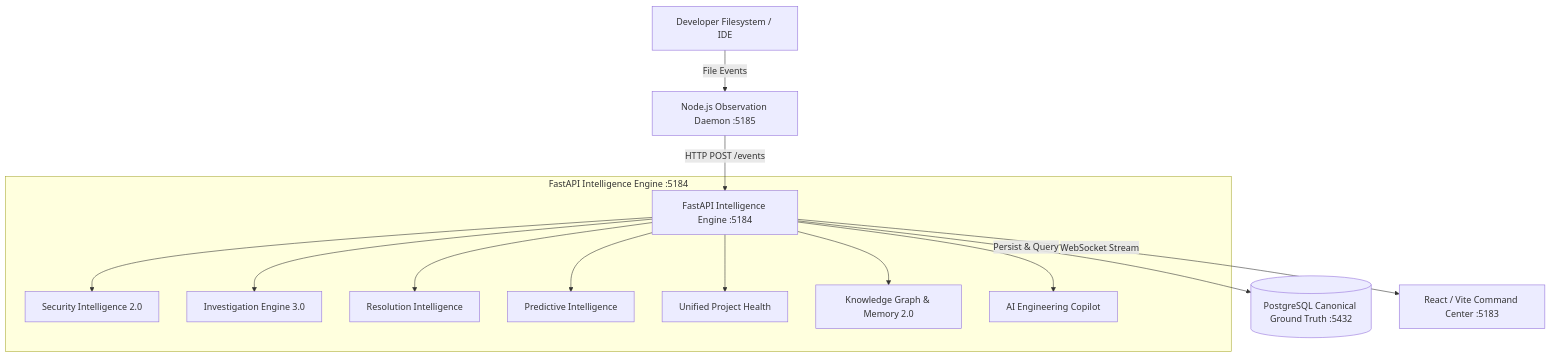
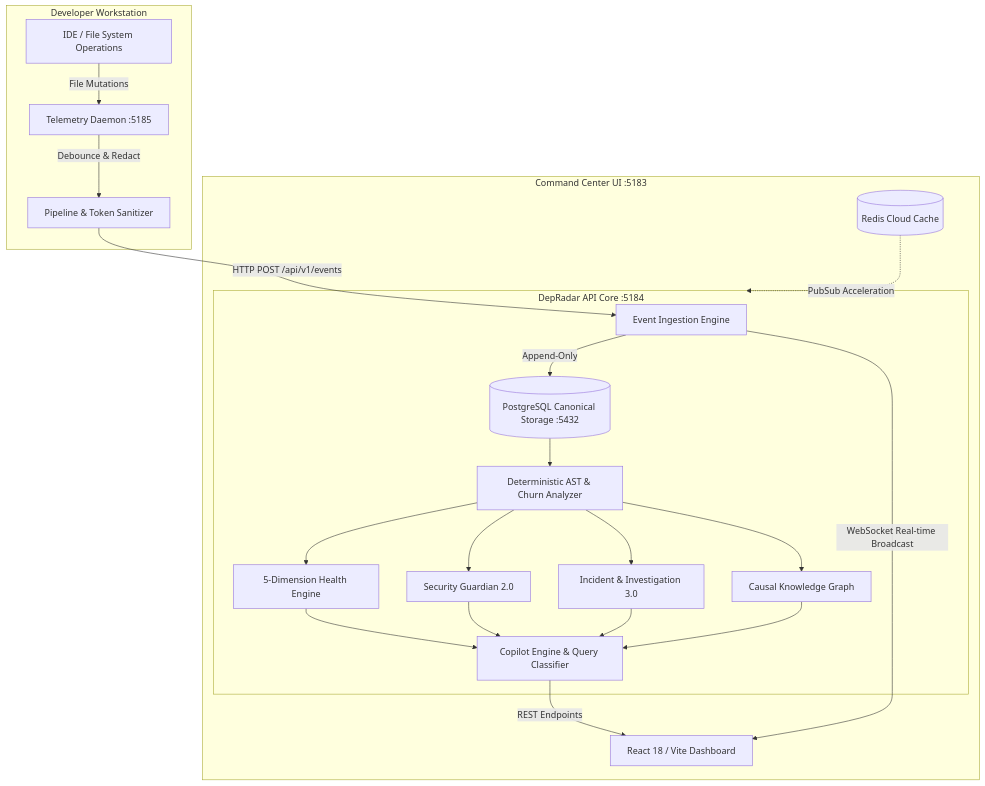
Before and after one commit to sanket200511/VibePulse: the diagram in README.md, drawn with Mermaid. The commit also changed other lines of this file and 1 other file, not shown here.

Commit message:
docs: update master project synchronization guide and comprehensive architecture documentation

````diff
--- a/README.md
+++ b/README.md
@@ -66,17 +105,29 @@
 ```mermaid
 flowchart TD
-    IDE[Developer Filesystem / IDE] -->|File Events| Daemon[Node.js Observation Daemon :5185]
-    Daemon -->|HTTP POST /events| API[FastAPI Intelligence Engine :5184]
-    API -->|Persist & Query| DB[(PostgreSQL Canonical Ground Truth :5432)]
-    API -->|WebSocket Stream| UI[React / Vite Command Center :5183]
+    subgraph DeveloperEnvironment [Developer Workstation]
+        IDE[IDE / File System Operations] -->|File Mutations| Watcher[Telemetry Daemon :5185]
+        Watcher -->|Debounce & Redact| EdgePipeline[Pipeline & Token Sanitizer]
+    end
 
-    subgraph Intelligence Core [FastAPI Intelligence Engine :5184]
-        API --> SEC[Security Intelligence 2.0]
-        API --> INV[Investigation Engine 3.0]
-        API --> RES[Resolution Intelligence]
-        API --> PRED[Predictive Intelligence]
-        API --> HEALTH[Unified Project Health]
-        API --> KG[Knowledge Graph & Memory 2.0]
-        API --> COPILOT[AI Engineering Copilot]
+    subgraph CoreBackend [DepRadar API Core :5184]
+        EdgePipeline -->|HTTP POST /api/v1/events| Ingest[Event Ingestion Engine]
+        Ingest -->|Append-Only| DB[(PostgreSQL Canonical Storage :5432)]
+
+        DB --> Analyzer[Deterministic AST & Churn Analyzer]
+        Analyzer --> HealthEngine[5-Dimension Health Engine]
+        Analyzer --> SecEngine[Security Guardian 2.0]
+        Analyzer --> CausalEngine[Incident & Investigation 3.0]
+        Analyzer --> GraphEngine[Causal Knowledge Graph]
+
+        HealthEngine --> QueryHub[Copilot Engine & Query Classifier]
+        SecEngine --> QueryHub
+        CausalEngine --> QueryHub
+        GraphEngine --> QueryHub
+    end
+
+    subgraph PresentationTier [Command Center UI :5183]
+        QueryHub -->|REST Endpoints| WebApp[React 18 / Vite Dashboard]
+        Ingest -->|WebSocket Real-time Broadcast| WebApp
+        Redis[(Redis Cloud Cache)] -.->|PubSub Acceleration| CoreBackend
     end
 ```
````
